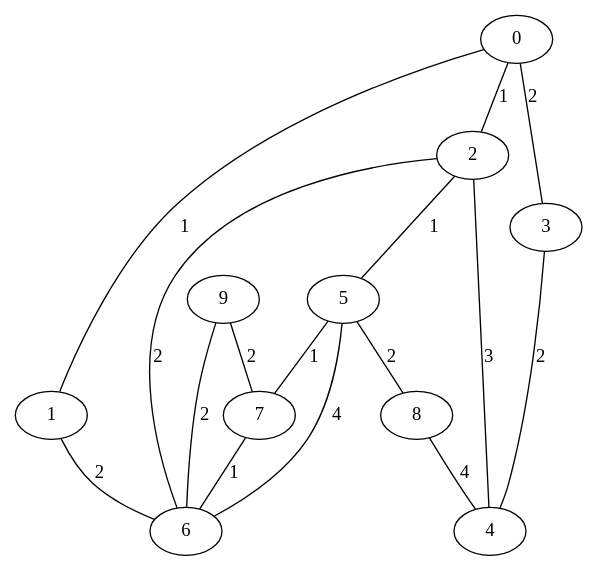
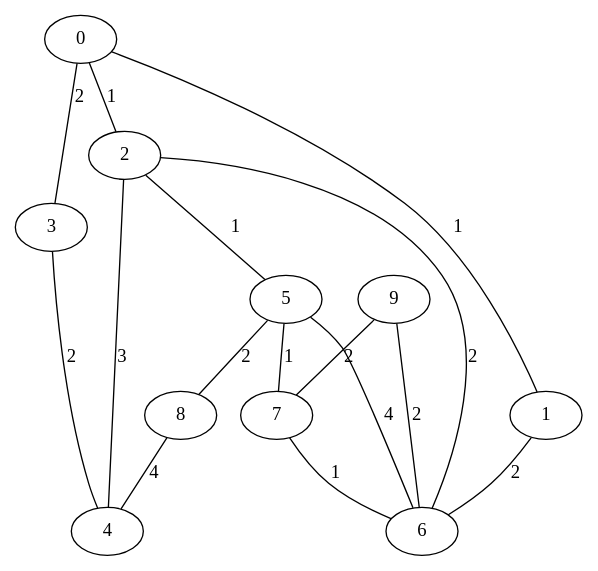
Before and after one commit to lebionick/GraphEdit: the diagram in GraphesLabWork3/output2.gv, drawn with Graphviz. The commit also changed other lines of this file and 38 other files, not shown here.

Commit message:
Better graph logics added + modified heap

```diff
--- a/GraphesLabWork3/output2.gv
+++ b/GraphesLabWork3/output2.gv
@@ -1,17 +1,17 @@
 graph{
+0 -- 3[label="2",weight="2"];
+0 -- 2[label="1",weight="1"];
 0 -- 1[label="1",weight="1"];
-0 -- 2[label="1",weight="1"];
-0 -- 3[label="2",weight="2"];
 1 -- 6[label="2",weight="2"];
+2 -- 4[label="3",weight="3"];
+2 -- 5[label="1",weight="1"];
 2 -- 6[label="2",weight="2"];
-2 -- 5[label="1",weight="1"];
-2 -- 4[label="3",weight="3"];
+3 -- 4[label="2",weight="2"];
+5 -- 8[label="2",weight="2"];
+5 -- 7[label="1",weight="1"];
 5 -- 6[label="4",weight="4"];
-5 -- 7[label="1",weight="1"];
-5 -- 8[label="2",weight="2"];
+7 -- 6[label="1",weight="1"];
 8 -- 4[label="4",weight="4"];
+9 -- 7[label="2",weight="2"];
 9 -- 6[label="2",weight="2"];
-9 -- 7[label="2",weight="2"];
-3 -- 4[label="2",weight="2"];
-7 -- 6[label="1",weight="1"];
 }
```
